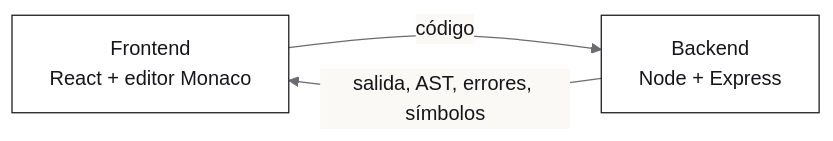
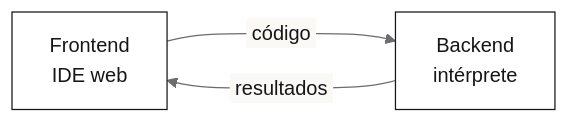
The fourth of 7 diagrams in presentacion.md (ELFBIBv/Conferencia_IPC1_2S2026), drawn with Mermaid before and after one commit. The commit also changed other lines of this file and 3 other files, not shown here.

````diff
--- a/presentacion.md
+++ b/presentacion.md
@@ -1086,6 +1142,6 @@
 ```mermaid {scale: 0.75}
 %%{init: {'theme':'base','themeVariables':{'fontFamily':'Segoe UI, Helvetica, Arial, sans-serif','primaryColor':'#ffffff','primaryBorderColor':'#16161a','primaryTextColor':'#16161a','secondaryColor':'#f1efe9','tertiaryColor':'#ffffff','lineColor':'#6b6b70','textColor':'#16161a','mainBkg':'#ffffff','nodeBorder':'#16161a','clusterBkg':'#f1efe9','clusterBorder':'#e3e0d9','edgeLabelBackground':'#faf9f6'}}}%%
 flowchart LR
-  F["Frontend<br/>React + editor Monaco"] -- "código" --> B["Backend<br/>Node + Express"]
-  B -- "salida, AST, errores, símbolos" --> F
+  F["Frontend<br/>IDE web"] -- "&nbsp;código&nbsp;" ---> B["Backend<br/>intérprete"]
+  B -- "&nbsp;resultados&nbsp;" ---> F
 ```
````
